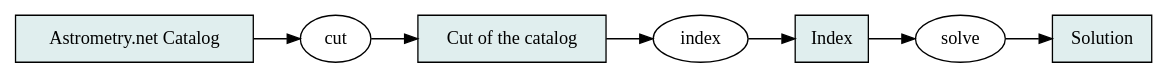
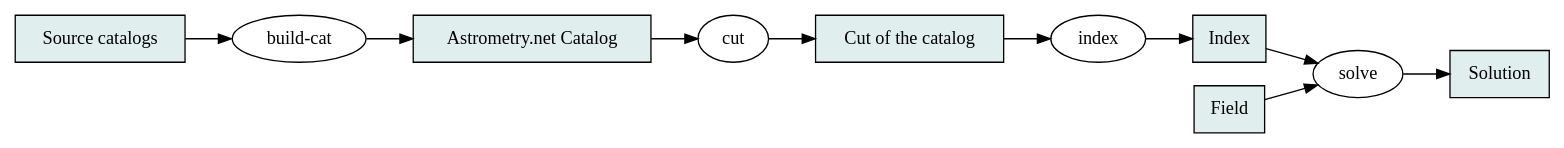
Before and after one commit to blackball/an-test6: the diagram in src/quads/userdoc-fig-pipeline.dot, drawn with Graphviz. The commit also changed 1 other file, not shown here.

```diff
--- a/src/quads/userdoc-fig-pipeline.dot
+++ b/src/quads/userdoc-fig-pipeline.dot
@@ -1,19 +1,24 @@
 graph P {
 	graph [ rankdir = LR ];
 	node [ shape=box ];
 	edge [ dir=forward ];
 	node [ style=filled, fillcolor=azure2 ];
+	sourcecat [ label="Source catalogs" ];
 	ancat  [ label="Astrometry.net Catalog" ];
 	cut1   [ label="Cut of the catalog" ];
 	index1 [ label="Index" ];
 	soln   [ label="Solution" ];
+	field  [ label="Field" ];
 
 	node [ style="" ];
 	node [ shape=ellipse ];
 
-	ancat -- cut -- cut1 -- index -- index1 -- solve -- soln
+	build_cat [ label="build-cat" ];
+
+	sourcecat -- build_cat -- ancat -- cut -- cut1 -- index -- index1 -- solve -- soln
+	field -- solve
 }
 
 //  dot -Tps2 -o userdoc-fig-pipeline.eps userdoc-fig-pipeline.dot
 //  epstopng userdoc-fig-pipeline.eps
 //  epstopdf userdoc-fig-pipeline.eps
```
